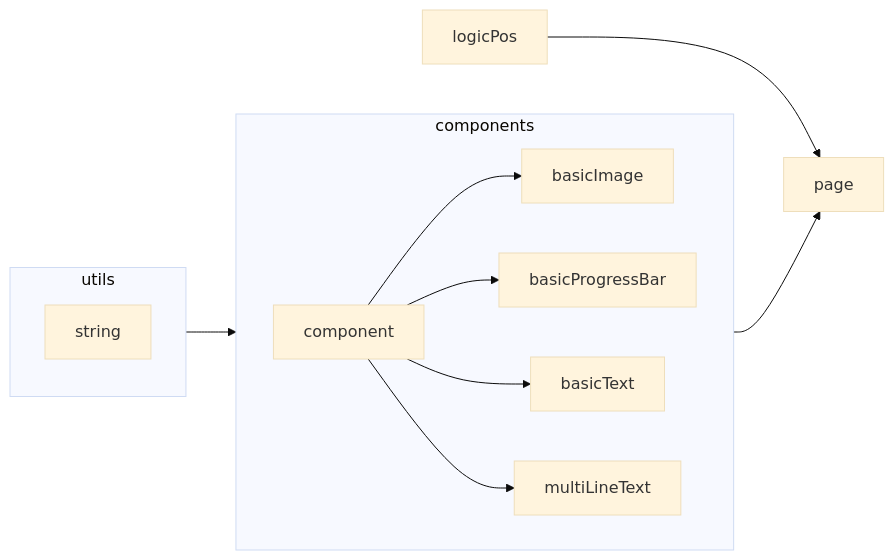
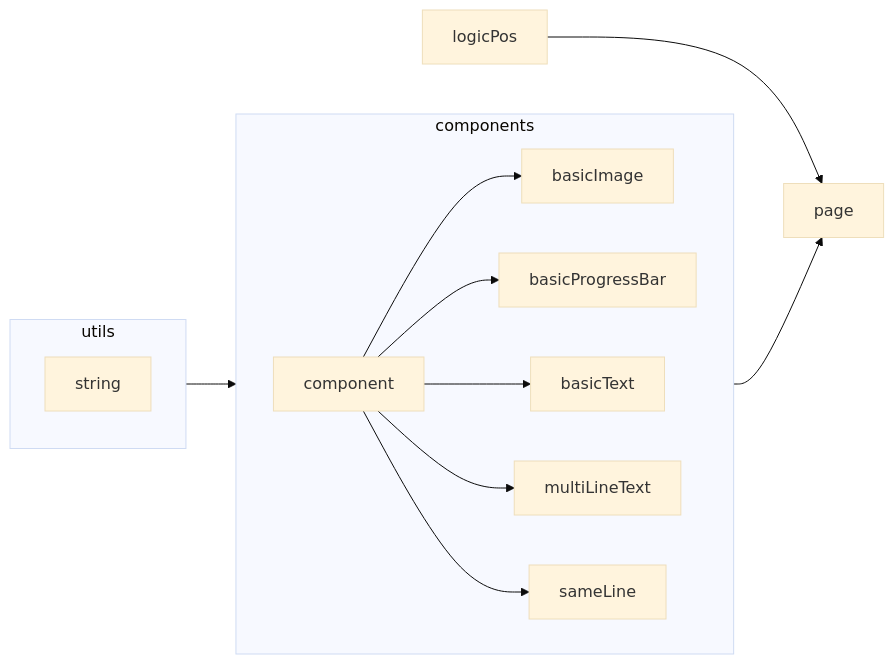
Before and after one commit to jimmy-sketch/chen_cppcguilib: the diagram in README.md, drawn with Mermaid (base theme). The commit also changed other lines of this file, not shown here.

`````diff
--- a/README.md
+++ b/README.md
@@ -15,18 +22,19 @@
 ````mermaid 
 graph LR
     subgraph utils
         string
     end
     utils --> components
 
     subgraph components
         direction LR
         component --> basicImage
         component --> basicProgressBar
         component --> basicText
         component --> multiLineText
+        component --> sameLine
     end
 
     components --> page
     logicPos --> page
 ````
`````
